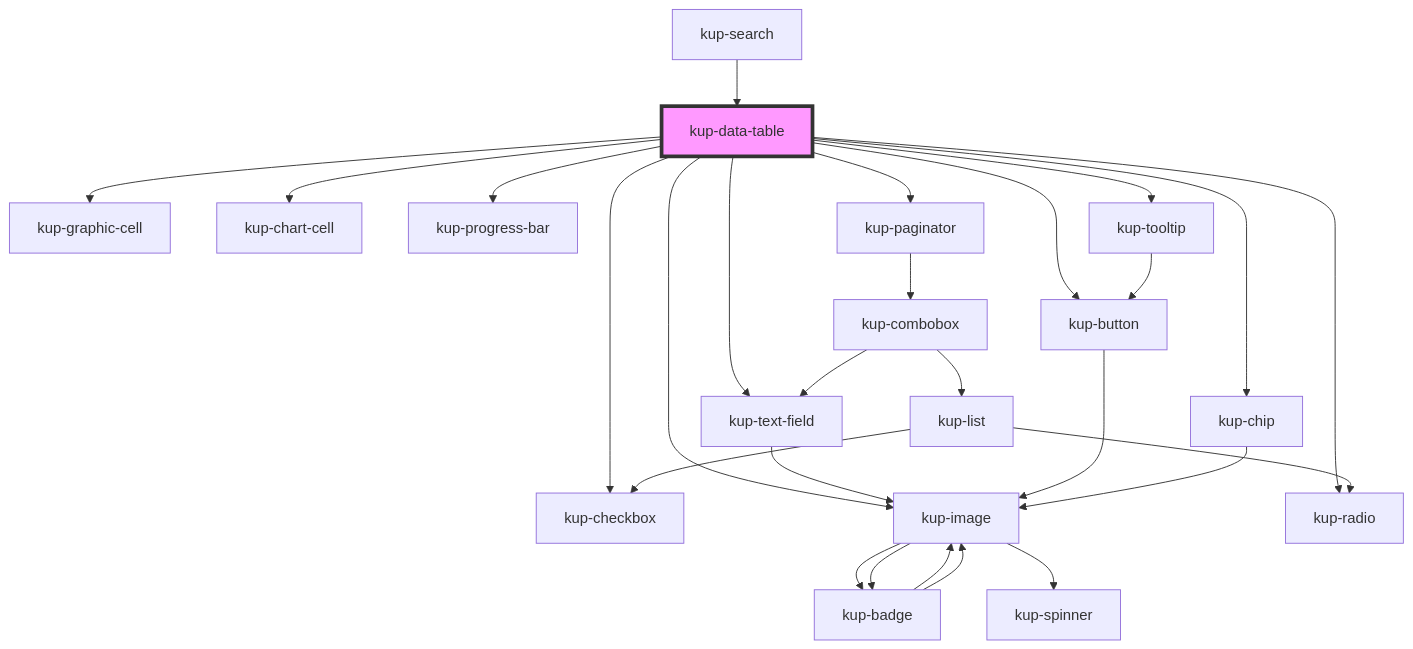
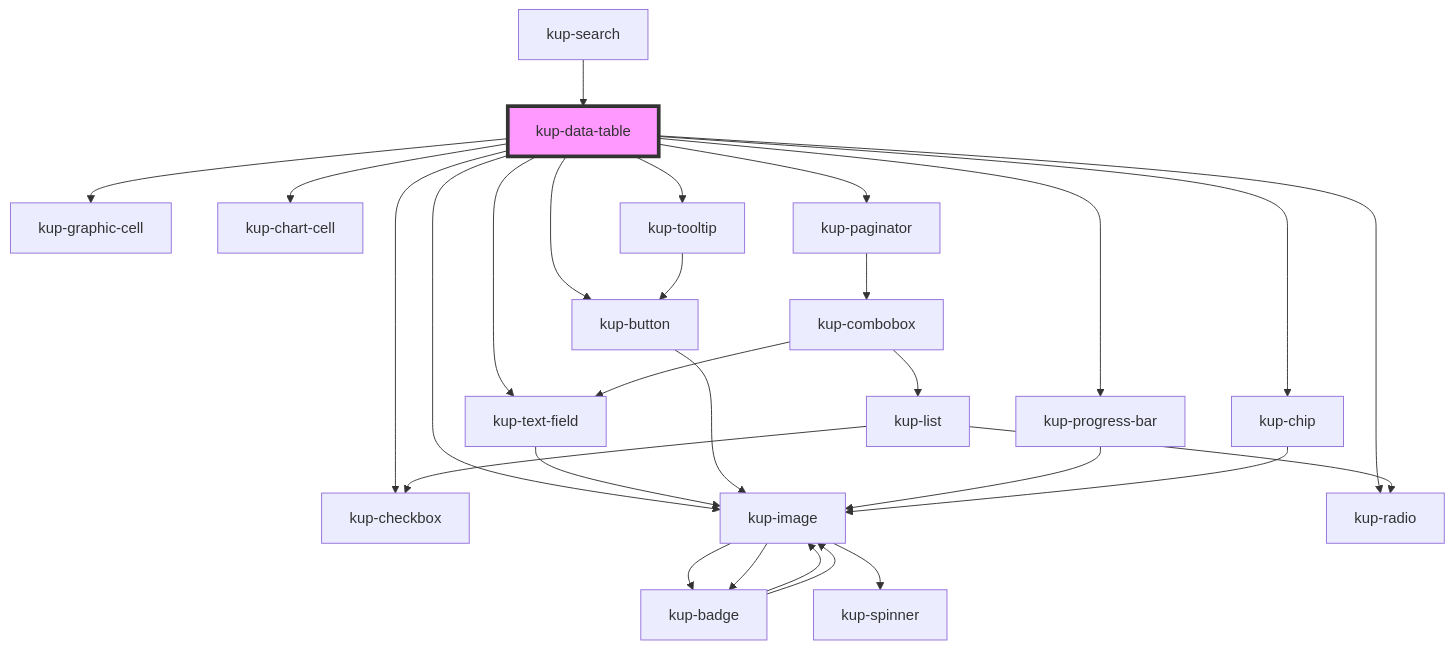
Before and after one commit to smeup/ketchup: the diagram in packages/ketchup/src/components/kup-data-table/readme.md, drawn with Mermaid. The commit also changed 7 other files, not shown here.

````diff
--- a/packages/ketchup/src/components/kup-data-table/readme.md
+++ b/packages/ketchup/src/components/kup-data-table/readme.md
@@ -157,30 +157,31 @@
 ```mermaid
 graph TD;
   kup-data-table --> kup-checkbox
   kup-data-table --> kup-text-field
   kup-data-table --> kup-image
   kup-data-table --> kup-button
   kup-data-table --> kup-graphic-cell
   kup-data-table --> kup-chart-cell
   kup-data-table --> kup-progress-bar
   kup-data-table --> kup-radio
   kup-data-table --> kup-tooltip
   kup-data-table --> kup-paginator
   kup-data-table --> kup-chip
   kup-text-field --> kup-image
   kup-image --> kup-badge
   kup-image --> kup-spinner
   kup-image --> kup-badge
   kup-badge --> kup-image
   kup-badge --> kup-image
   kup-button --> kup-image
+  kup-progress-bar --> kup-image
   kup-tooltip --> kup-button
   kup-paginator --> kup-combobox
   kup-combobox --> kup-text-field
   kup-combobox --> kup-list
   kup-list --> kup-radio
   kup-list --> kup-checkbox
   kup-chip --> kup-image
   kup-search --> kup-data-table
   style kup-data-table fill:#f9f,stroke:#333,stroke-width:4px
 ```
````
